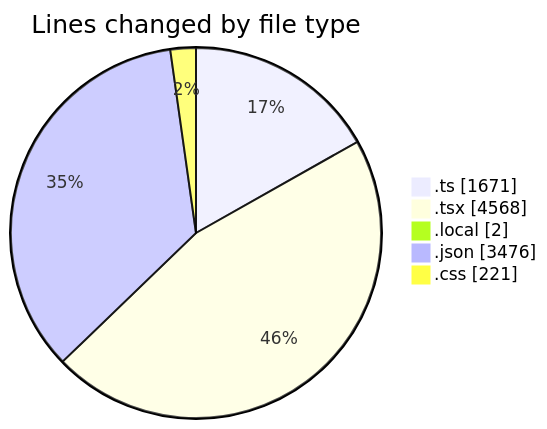
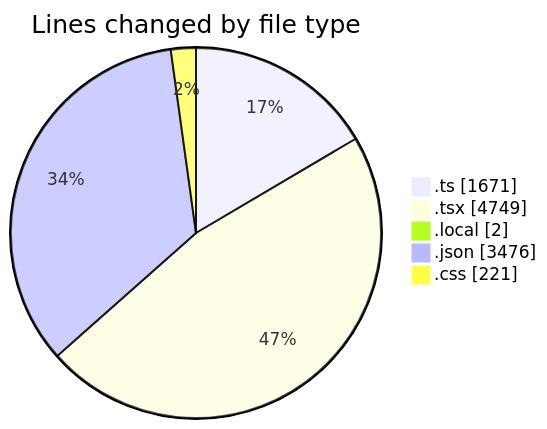
The first of 2 diagrams in 2025-10-28/eventscop-frontend-guide__workspace_/README.md (julien-gomy/code-tracking), drawn with Mermaid before and after one commit. The commit also changed other lines of this file and 1 other file, not shown here.

````diff
--- a/2025-10-28/eventscop-frontend-guide__workspace_/README.md
+++ b/2025-10-28/eventscop-frontend-guide__workspace_/README.md
@@ -56,9 +58,9 @@
 ```mermaid
 pie showData
 title Lines changed by file type
 ".ts" : 1671
-".tsx" : 4568
+".tsx" : 4749
 ".local" : 2
 ".json" : 3476
 ".css" : 221
 ```
````
